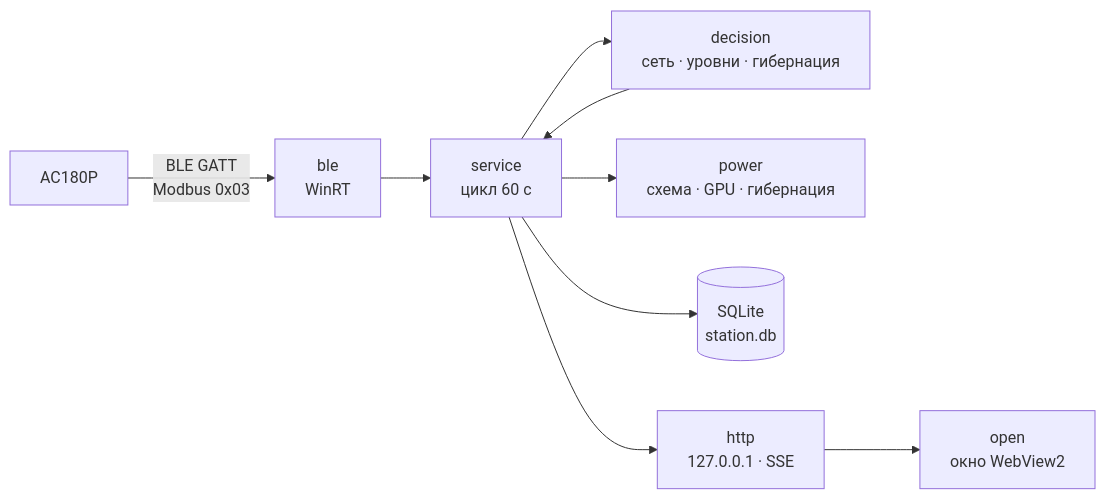
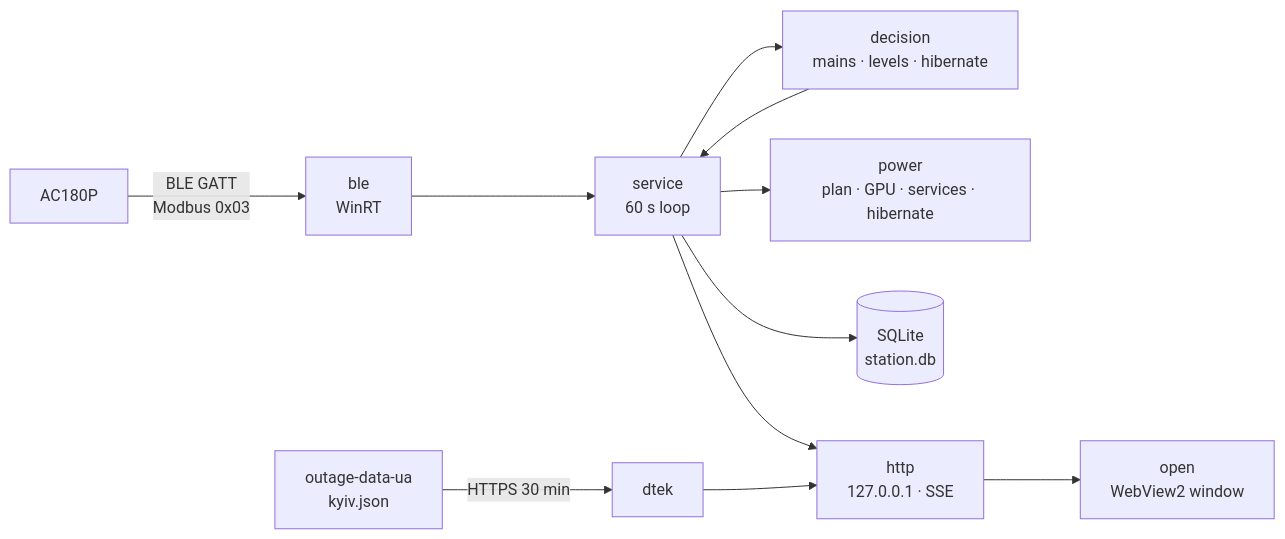
The diagram in README.md (Reva1v/bluetti-watcher), drawn with Mermaid before and after one commit. The commit also changed other lines of this file and 2 other files, not shown here.

Commit message:
docs: multilingual README (English, Ukrainian, Russian) with screenshots, DTEK and replay

````diff
--- a/README.md
+++ b/README.md
@@ -134,11 +162,13 @@
 ```mermaid
 flowchart LR
     ST[AC180P] -- BLE GATT<br/>Modbus 0x03 --> BLE[ble<br/>WinRT]
-    BLE --> SVC[service<br/>цикл 60 с]
-    SVC --> DEC[decision<br/>сеть · уровни · гибернация]
+    BLE --> SVC[service<br/>60 s loop]
+    SVC --> DEC[decision<br/>mains · levels · hibernate]
     DEC --> SVC
-    SVC --> PWR[power<br/>схема · GPU · гибернация]
+    SVC --> PWR[power<br/>plan · GPU · services · hibernate]
     SVC --> DB[(SQLite<br/>station.db)]
+    GH[outage-data-ua<br/>kyiv.json] -- HTTPS 30 min --> DT[dtek]
     SVC --> HTTP[http<br/>127.0.0.1 · SSE]
-    HTTP --> WIN[open<br/>окно WebView2]
+    DT --> HTTP
+    HTTP --> WIN[open<br/>WebView2 window]
 ```
````
